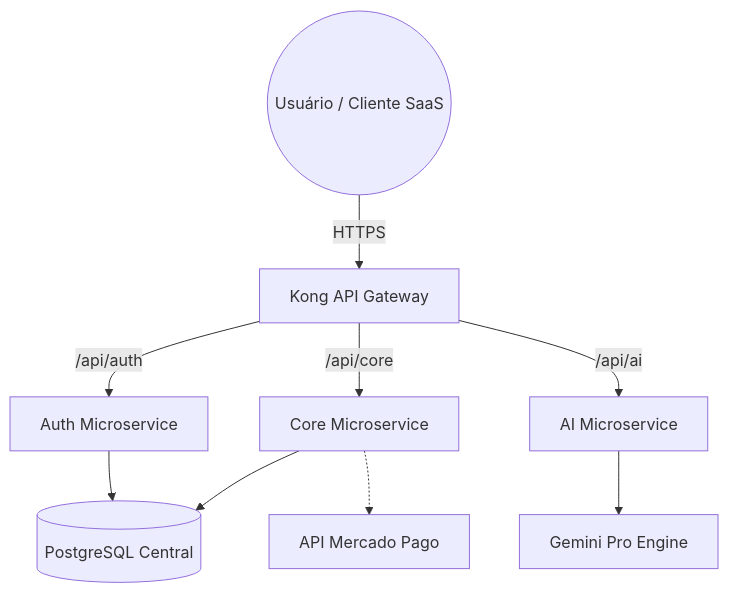
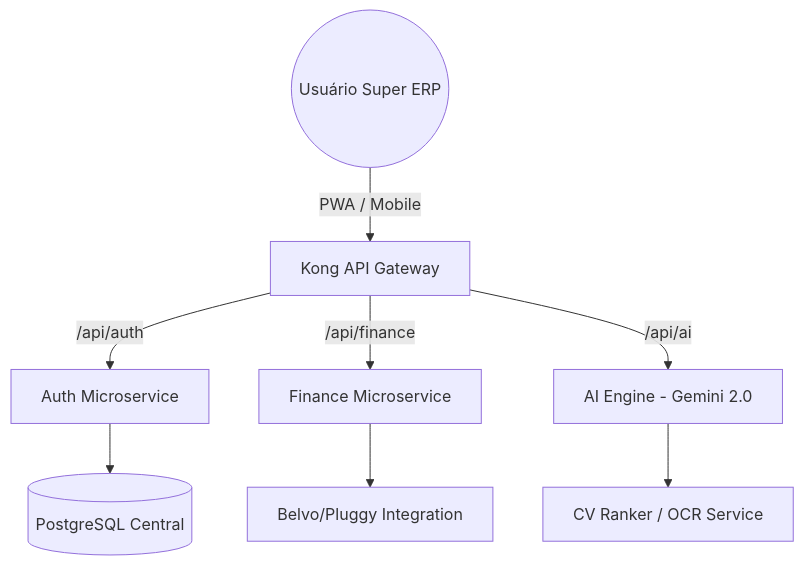
Before and after one commit to Eduardo09e32y4rhf/innovation: the diagram in README.md, drawn with Mermaid. The commit also changed other lines of this file and 6 other files, not shown here.

Commit message:
feat: Phase 1 Super ERP Complete (ATS Kanban + AI OCR + README Update)

````diff
--- a/README.md
+++ b/README.md
@@ -61,11 +45,10 @@
 ```mermaid
 graph TD;
-    Client((Usuário / Cliente SaaS)) -->|HTTPS| Kong[Kong API Gateway]
+    Client((Usuário Super ERP)) -->|PWA / Mobile| Kong[Kong API Gateway]
     Kong -->|/api/auth| Auth[Auth Microservice]
-    Kong -->|/api/core| Core[Core Microservice]
-    Kong -->|/api/ai| AI[AI Microservice]
+    Kong -->|/api/finance| Finance[Finance Microservice]
+    Kong -->|/api/ai| AI[AI Engine - Gemini 2.0]
+    AI --> RAG[CV Ranker / OCR Service]
+    Finance --> OpenFinance[Belvo/Pluggy Integration]
     Auth --> DB[(PostgreSQL Central)]
-    Core --> DB
-    AI --> Gemini[Gemini Pro Engine]
-    Core -.-> MercadoPago[API Mercado Pago]
 ```
````
